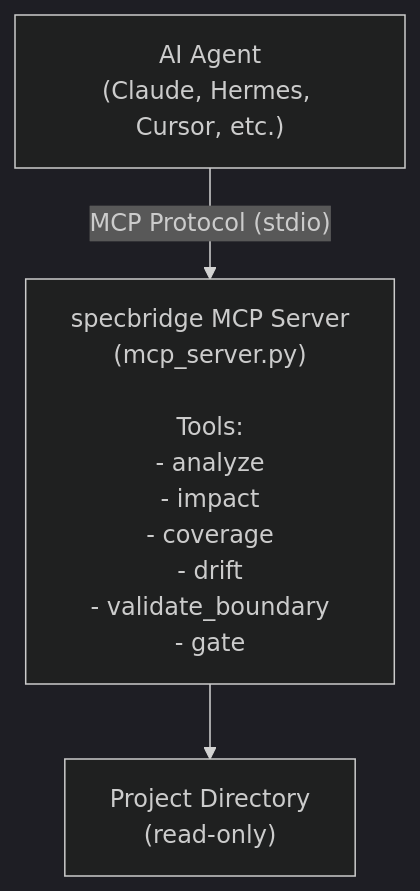
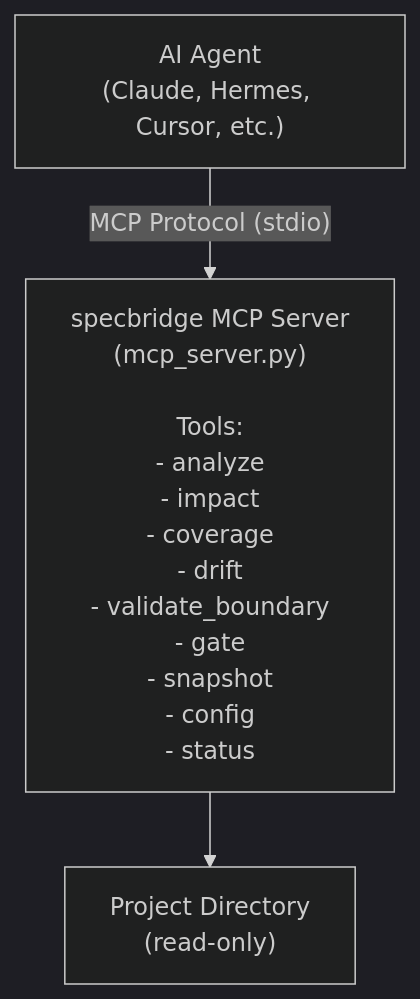
Before and after one commit to nekolife1984/specbridge: the first of 2 diagrams in docs/en/10-mcp-integration.md, drawn with Mermaid (dark theme). The commit also changed other lines of this file and 1 other file, not shown here.

````diff
--- a/docs/en/10-mcp-integration.md
+++ b/docs/en/10-mcp-integration.md
@@ -10,9 +10,9 @@
 ```mermaid
 flowchart TB
     AGENT["AI Agent<br/>(Claude, Hermes, Cursor, etc.)"]
-    MCP_SERV["specbridge MCP Server<br/>(mcp_server.py)<br/><br/>Tools:<br/>- analyze<br/>- impact<br/>- coverage<br/>- drift<br/>- validate_boundary<br/>- gate"]
+    MCP_SERV["specbridge MCP Server<br/>(mcp_server.py)<br/><br/>Tools:<br/>- analyze<br/>- impact<br/>- coverage<br/>- drift<br/>- validate_boundary<br/>- gate<br/>- snapshot<br/>- config<br/>- status"]
     PROJ["Project Directory<br/>(read-only)"]
 
     AGENT -->|"MCP Protocol (stdio)"| MCP_SERV
     MCP_SERV --> PROJ
 ```
````
